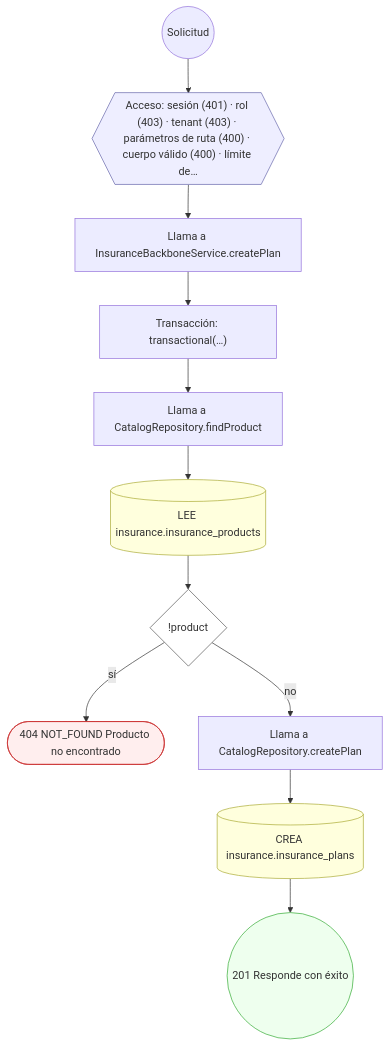
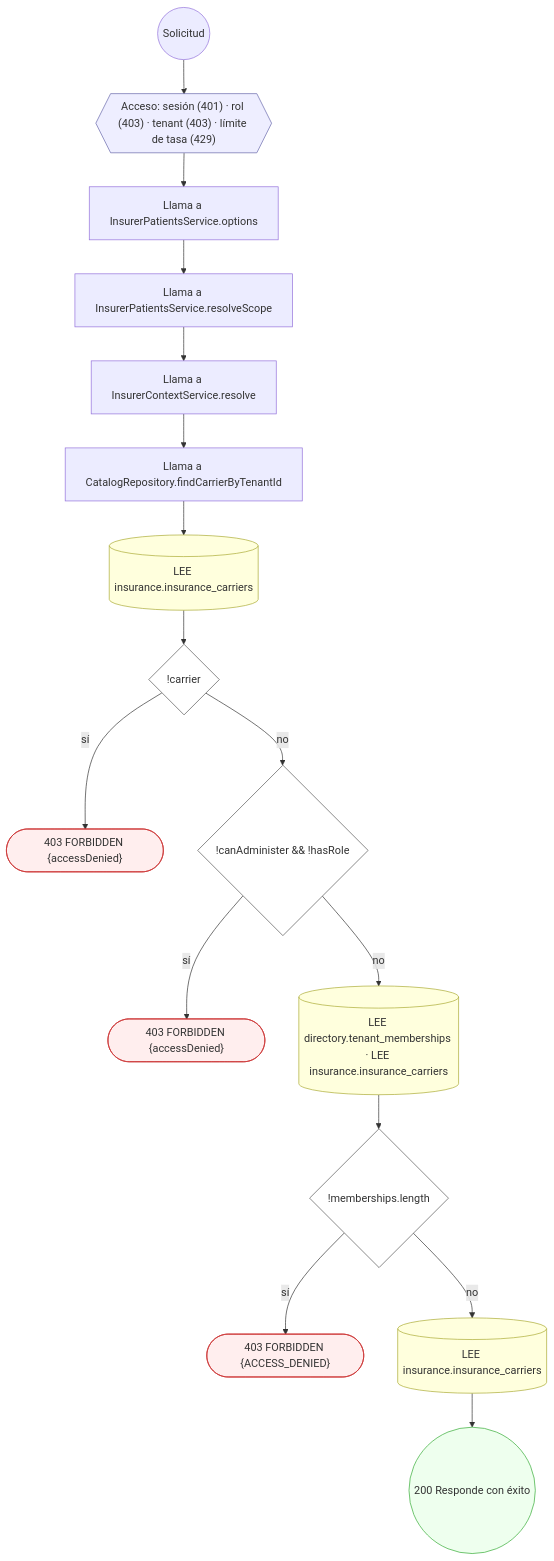
Diagram 37 of 56 in docs/inventario/flujos/insurance.md (mdavila-2001/mantra-core-health-api), drawn with Mermaid before and after one commit. The commit also changed other lines of this file and 451 other files, not shown here.

First line of the commit message:
chore(data_catalog): contrato OpenAPI, inventario y pruebas al día con el diseño del #660

````diff
--- a/docs/inventario/flujos/insurance.md
+++ b/docs/inventario/flujos/insurance.md
@@ -1168,30 +3456,40 @@
 ```mermaid
 flowchart TD
   n1(("Solicitud")):::inicio
-  n2{{"Acceso: sesión (401) · rol (403) · tenant (403) · parámetros de ruta (400) · cuerpo válido (400) · límite de…"}}:::acceso
+  n2{{"Acceso: sesión (401) · rol (403) · tenant (403) · límite de tasa (429)"}}:::acceso
   n1 --> n2
-  n3["Llama a InsuranceBackboneService.createPlan"]:::llamada
+  n3["Llama a InsurerPatientsService.options"]:::llamada
   n2 --> n3
-  n4["Transacción: transactional(…)"]:::transaccion
+  n4["Llama a InsurerPatientsService.resolveScope"]:::llamada
   n3 --> n4
-  n5["Llama a CatalogRepository.findProduct"]:::llamada
+  n5["Llama a InsurerContextService.resolve"]:::llamada
   n4 --> n5
-  n6[("LEE insurance.insurance_products")]:::efecto
+  n6["Llama a CatalogRepository.findCarrierByTenantId"]:::llamada
   n5 --> n6
-  n7{"!product"}:::decision
+  n7[("LEE insurance.insurance_carriers")]:::efecto
   n6 --> n7
-  n8(["404 NOT_FOUND Producto no encontrado"]):::error
-  n7 -->|"sí"| n8
-  n9["Llama a CatalogRepository.createPlan"]:::llamada
-  n7 -->|"no"| n9
-  n10[("CREA insurance.insurance_plans")]:::efecto
-  n9 --> n10
-  n11(("201 Responde con éxito")):::ok
-  n10 --> n11
+  n8{"!carrier"}:::decision
+  n7 --> n8
+  n9(["403 FORBIDDEN {accessDenied}"]):::error
+  n8 -->|"sí"| n9
+  n10{"!canAdminister && !hasRole"}:::decision
+  n8 -->|"no"| n10
+  n11(["403 FORBIDDEN {accessDenied}"]):::error
+  n10 -->|"sí"| n11
+  n12[("LEE directory.tenant_memberships · LEE insurance.insurance_carriers")]:::efecto
+  n10 -->|"no"| n12
+  n13{"!memberships.length"}:::decision
+  n12 --> n13
+  n14(["403 FORBIDDEN {ACCESS_DENIED}"]):::error
+  n13 -->|"sí"| n14
+  n15[("LEE insurance.insurance_carriers")]:::efecto
+  n13 -->|"no"| n15
+  n16(("200 Responde con éxito")):::ok
+  n15 --> n16
   classDef acceso fill:#eef,stroke:#66a
   classDef error fill:#fee,stroke:#c33
   classDef ok fill:#efe,stroke:#3a3
   classDef efecto fill:#ffd,stroke:#aa3
   classDef decision fill:#fff,stroke:#555
   classDef corte fill:#eee,stroke:#999,stroke-dasharray: 4
 ```
````
